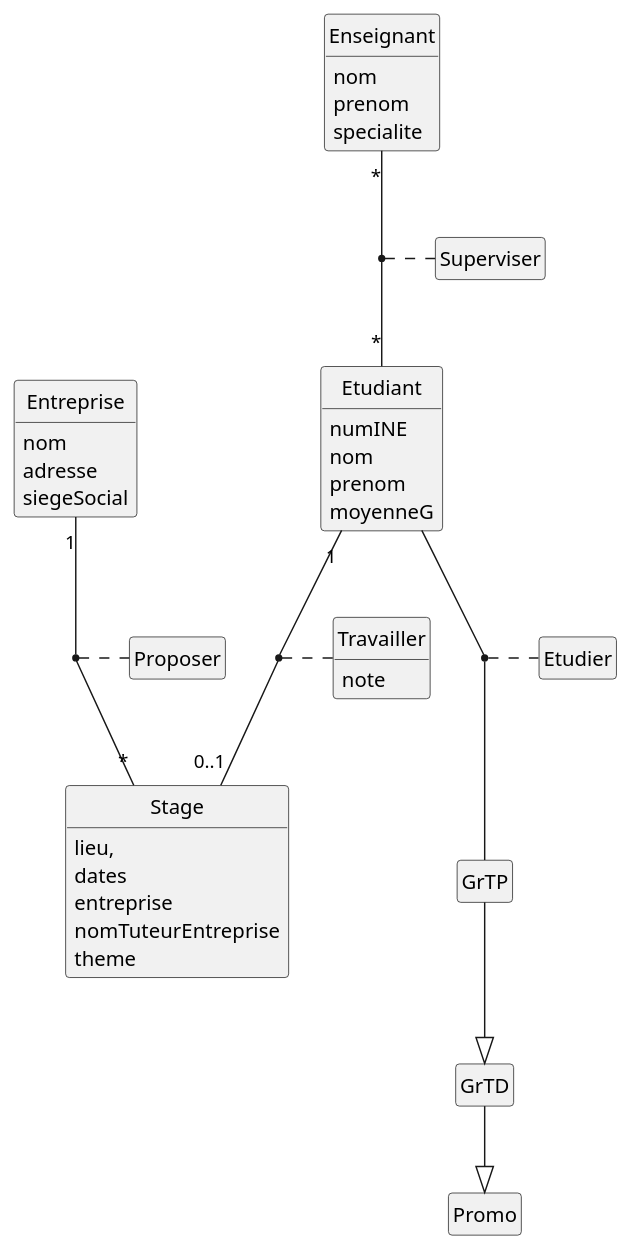
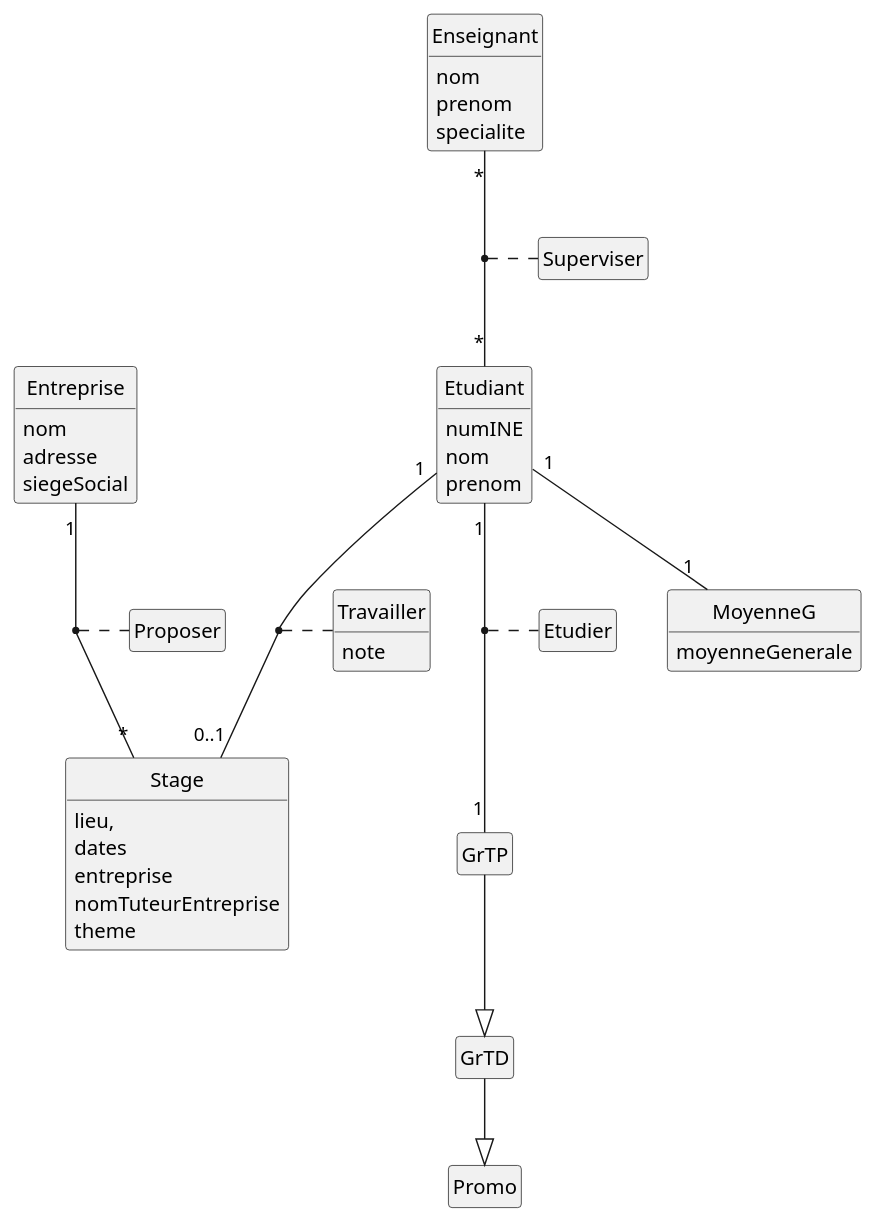
Before and after one commit to IUT-Blagnac/bcoo-NicolasIUT: the diagram in TD03/TD3.1.1.plantuml, drawn with PlantUML.

Commit message:
Fix 3.1.1: Diagramme gestion des stages 2ème année

```diff
--- a/TD03/TD3.1.1.plantuml
+++ b/TD03/TD3.1.1.plantuml
@@ -1,84 +1,88 @@
 @startuml TD3.1.1
 '--------------------------------
 ' Parametres pour le dessin
 '--------------------------------
 hide circle
 hide empty members
 hide empty methods
 '--------------------------------
 
 'usecase recenser as "Recenser les demandes de stage"
 
 class Entreprise {
   nom
   adresse
   siegeSocial
 }
 
 class Etudiant {
   numINE
   nom
   prenom
-  moyenneG
 }
 
 class Enseignant {
   nom
   prenom
   specialite
 }
 
 class Stage {
   lieu,
   dates
   entreprise
   nomTuteurEntreprise
   theme
 }
 
 class GrTP {
   
 }
 
 class GrTD {
   
 }
 
 class Promo {
   
 }
 
 class Proposer {
   
 }
 
 class Travailler {
   note
 }
 
 class Etudier {
   
 }
 
 class Superviser {
   
 }
 
+class MoyenneG {
+  moyenneGenerale
+}
+
 GrTP --|> GrTD
 GrTD --|> Promo
 
-Etudiant -- GrTP
+Etudiant "1" -- "1" GrTP
+Etudiant "1" -- "1" MoyenneG
 
 Enseignant "*" -- "*" Etudiant
 
 Entreprise "1" -- "*" Stage
 Etudiant "1" -- "0..1" Stage
 
 (Etudiant, GrTP) . Etudier
 (Entreprise, Stage) . Proposer
 (Etudiant, Stage) . Travailler
 (Enseignant, Etudiant) . Superviser
 
 
 
 @enduml
```
